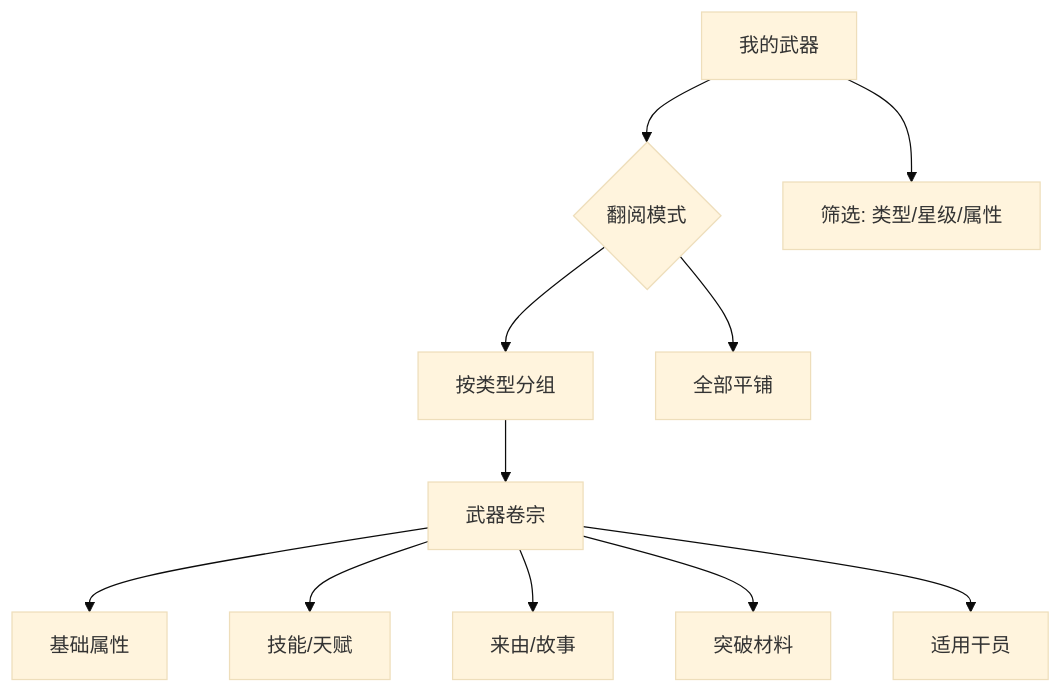
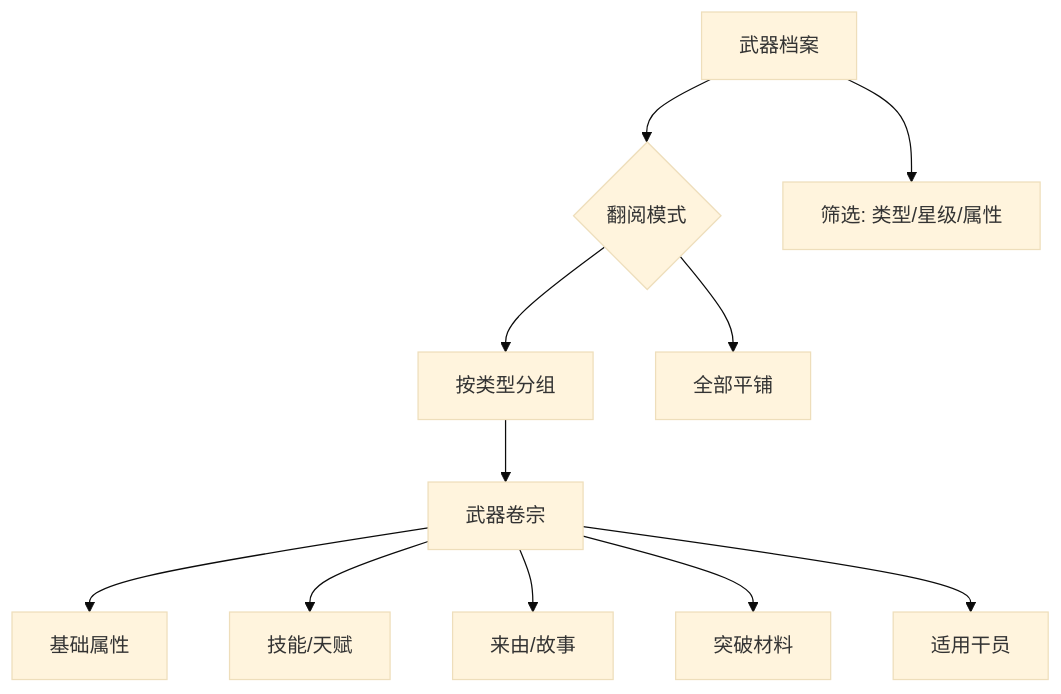
One commit to Deliay/hongshan-archives-bureau changed the diagram in docs/product/02-weapon-archive.md. Above: the diagram before and after it, drawn with Mermaid (base theme). The commit also changed other lines of this file and 11 other files, not shown here.

````diff
--- a/docs/product/02-weapon-archive.md
+++ b/docs/product/02-weapon-archive.md
@@ -43,13 +43,13 @@
 ```mermaid
 flowchart TD
-    A[我的武器] --> B{翻阅模式}
+    A[武器档案] --> B{翻阅模式}
     B --> C[按类型分组]
     B --> D[全部平铺]
     A --> E[筛选: 类型/星级/属性]
     C --> F[武器卷宗]
     F --> G[基础属性]
     F --> H[技能/天赋]
     F --> I[来由/故事]
     F --> J[突破材料]
     F --> K[适用干员]
 ```
````
